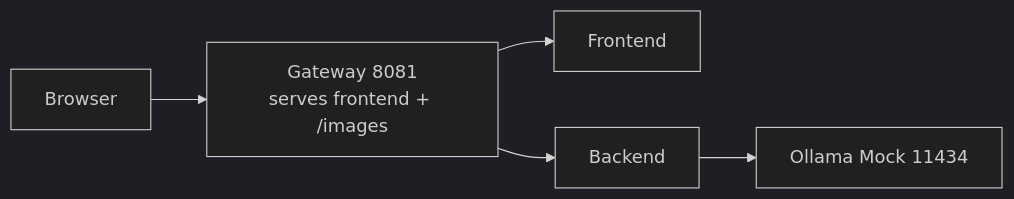
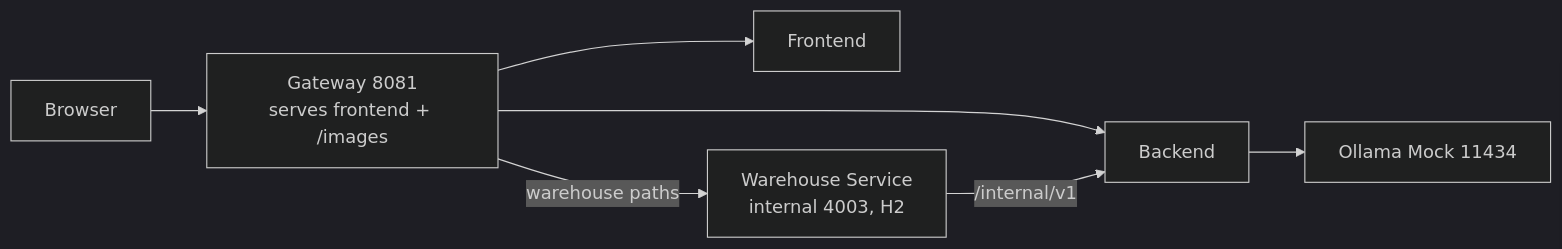
The first of 3 diagrams in docs/PROFILE_URLS.md (slawekradzyminski/awesome-localstack), drawn with Mermaid (dark theme) before and after one commit. The commit also changed other lines of this file and 39 other files, not shown here.

First line of the commit message:
Add warehouse-service and commerce wave 2 to the stack (#71)

````diff
--- a/docs/PROFILE_URLS.md
+++ b/docs/PROFILE_URLS.md
@@ -38,7 +41,9 @@
 ```mermaid
 flowchart LR
     U[Browser] --> G[Gateway 8081<br/>serves frontend + /images]
     G --> F[Frontend]
     G --> B[Backend]
+    G -->|warehouse paths| W[Warehouse Service<br/>internal 4003, H2]
+    W -->|/internal/v1| B
     B --> O[Ollama Mock 11434]
 ```
````
